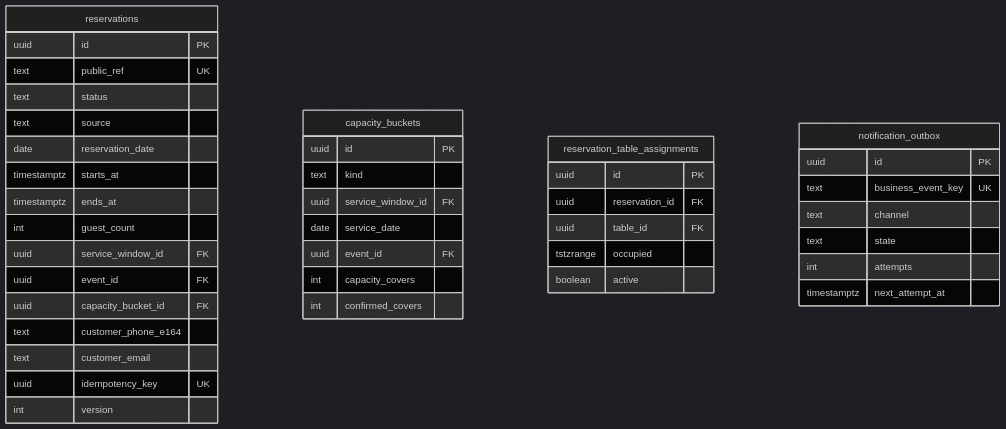
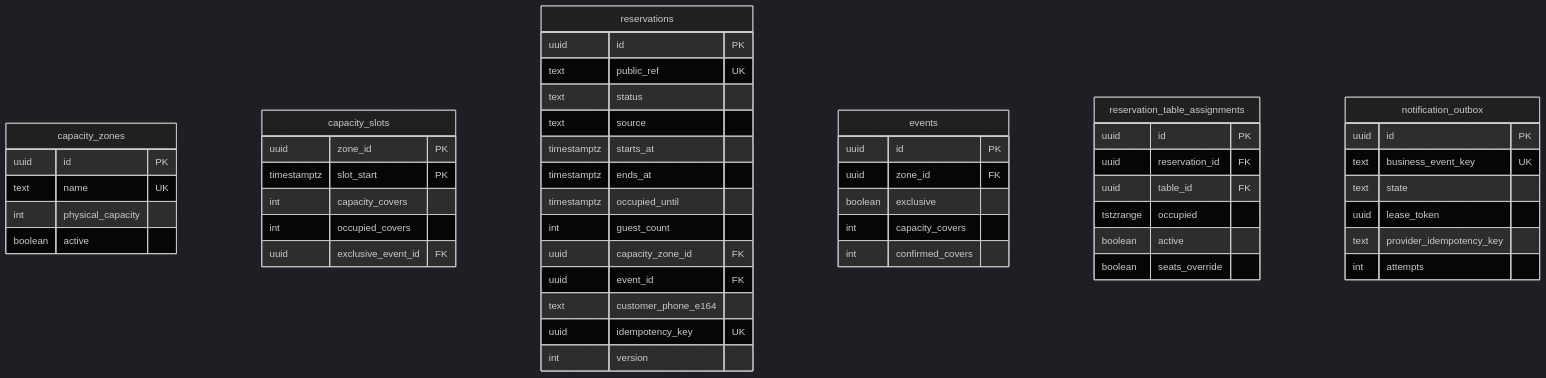
One commit to antonio-de-santis-dev/FireFlies changed the second of 2 diagrams in docs/architecture/DATA_MODEL.md. Above: the diagram before and after it, drawn with Mermaid (dark theme). The commit also changed other lines of this file and 13 other files, not shown here.

````diff
--- a/docs/architecture/DATA_MODEL.md
+++ b/docs/architecture/DATA_MODEL.md
@@ -61,44 +64,54 @@
 ```mermaid
 erDiagram
+  capacity_zones {
+    uuid id PK
+    text name UK
+    int physical_capacity
+    boolean active
+  }
+  capacity_slots {
+    uuid zone_id PK
+    timestamptz slot_start PK
+    int capacity_covers
+    int occupied_covers
+    uuid exclusive_event_id FK
+  }
   reservations {
     uuid id PK
     text public_ref UK
     text status
     text source
-    date reservation_date
     timestamptz starts_at
     timestamptz ends_at
+    timestamptz occupied_until
     int guest_count
-    uuid service_window_id FK
+    uuid capacity_zone_id FK
     uuid event_id FK
-    uuid capacity_bucket_id FK
     text customer_phone_e164
-    text customer_email
     uuid idempotency_key UK
     int version
   }
-  capacity_buckets {
+  events {
     uuid id PK
-    text kind
-    uuid service_window_id FK
-    date service_date
-    uuid event_id FK
+    uuid zone_id FK
+    boolean exclusive
     int capacity_covers
     int confirmed_covers
   }
   reservation_table_assignments {
     uuid id PK
     uuid reservation_id FK
     uuid table_id FK
     tstzrange occupied
     boolean active
+    boolean seats_override
   }
   notification_outbox {
     uuid id PK
     text business_event_key UK
-    text channel
     text state
+    uuid lease_token
+    text provider_idempotency_key
     int attempts
-    timestamptz next_attempt_at
   }
 ```
````
